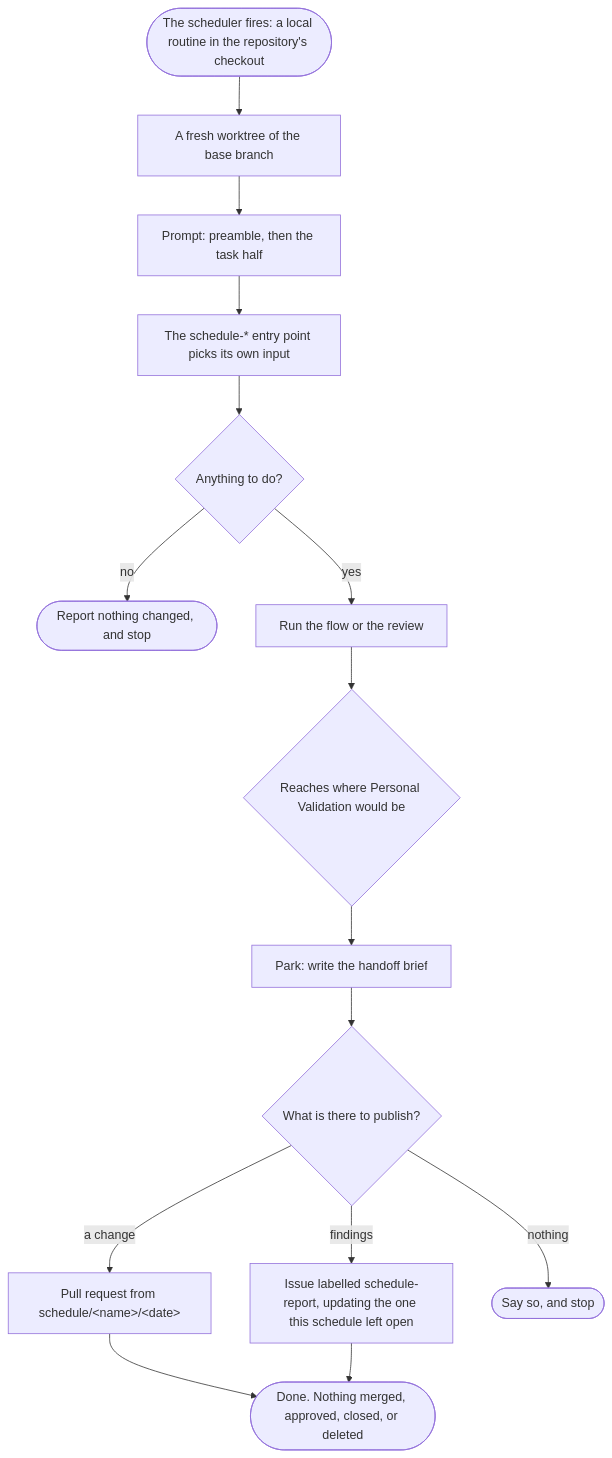
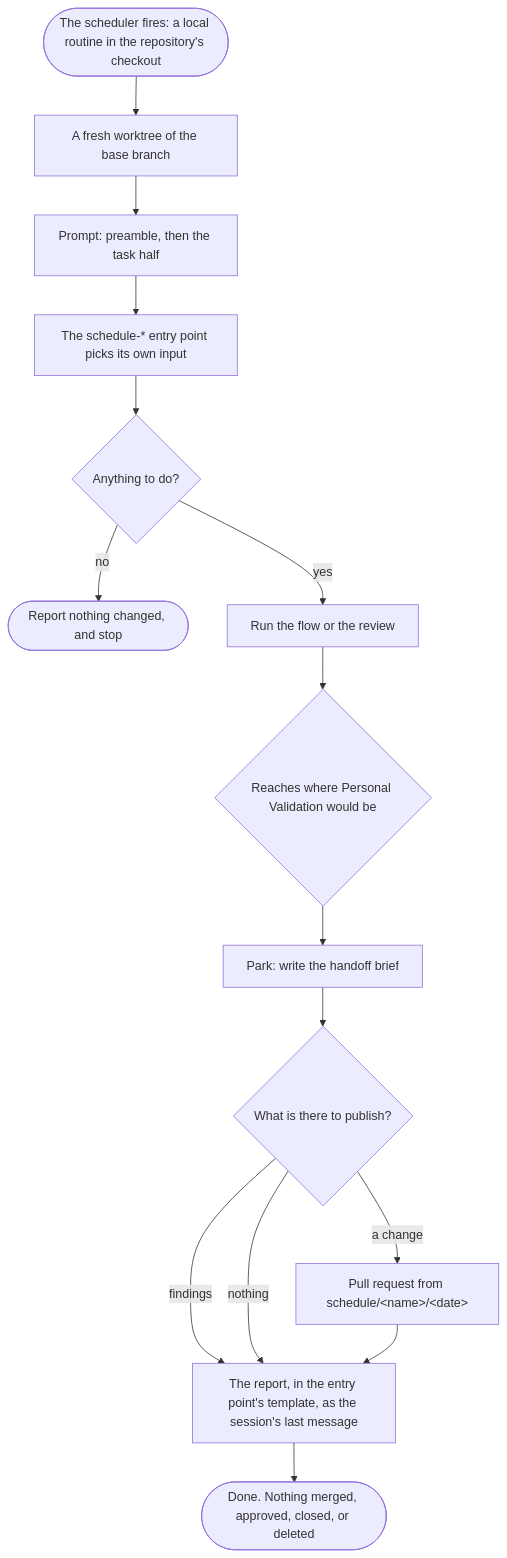
The third of 3 diagrams in .devbook/arc42/building-blocks/delivery-schedule.md (JSdotNet/ai-agent-stack), drawn with Mermaid before and after one commit. The commit also changed other lines of this file and 50 other files, not shown here.

First line of the commit message:
delivery-schedule: reports stay in the run's session, one template per skill

````diff
--- a/.devbook/arc42/building-blocks/delivery-schedule.md
+++ b/.devbook/arc42/building-blocks/delivery-schedule.md
@@ -600,17 +603,17 @@
 ```mermaid
 flowchart TD
     fire(["The scheduler fires: a local routine in the repository's checkout"]) --> worktree["A fresh worktree of the base branch"]
     worktree --> preamble["Prompt: preamble, then the task half"]
     preamble --> entry["The schedule-* entry point picks its own input"]
     entry --> none{"Anything to do?"}
     none -->|no| quiet(["Report nothing changed, and stop"])
     none -->|yes| work["Run the flow or the review"]
     work --> gate{"Reaches where Personal Validation would be"}
     gate --> park["Park: write the handoff brief"]
     park --> land{"What is there to publish?"}
     land -->|a change| pr["Pull request from schedule/&lt;name&gt;/&lt;date&gt;"]
-    land -->|findings| issue["Issue labelled schedule-report, updating the one this schedule left open"]
-    land -->|nothing| silent(["Say so, and stop"])
-    pr --> done(["Done. Nothing merged, approved, closed, or deleted"])
-    issue --> done
+    land -->|findings| report
+    land -->|nothing| report
+    pr --> report["The report, in the entry point's template, as the session's last message"]
+    report --> done(["Done. Nothing merged, approved, closed, or deleted"])
 ```
````
